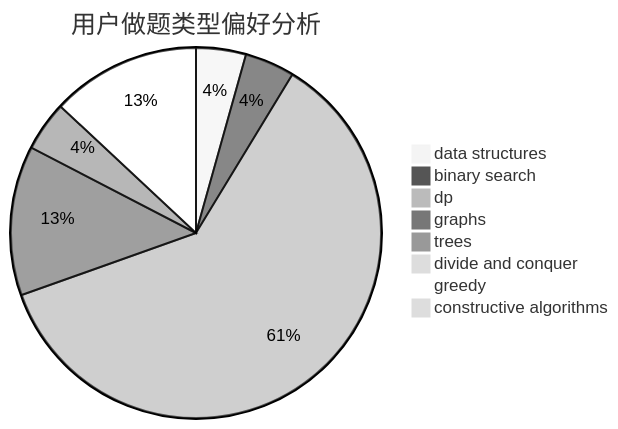
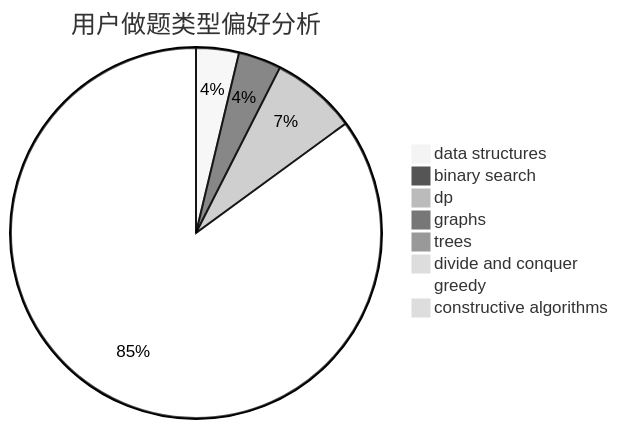
The second of 3 diagrams in docs/user/u1686.md (sherpahu/cfrs.github.io), drawn with Mermaid (neutral theme) before and after one commit. The commit also changed other lines of this file and 2770 other files, not shown here.

````diff
--- a/docs/user/u1686.md
+++ b/docs/user/u1686.md
@@ -23,11 +23,11 @@
 ```mermaid
 pie title 用户做题类型偏好分析
-    "data structures" :  1
-    "binary search" :  1
-    "dp" :  14
-    "graphs" :  3
-    "trees" :  1
+    "data structures" :  4
+    "binary search" :  4
+    "dp" :  8
+    "graphs" :  0
+    "trees" :  0
     "divide and conquer" :  0
-    "greedy" :  3
+    "greedy" :  91
     "constructive algorithms" :  0
 ```
````
